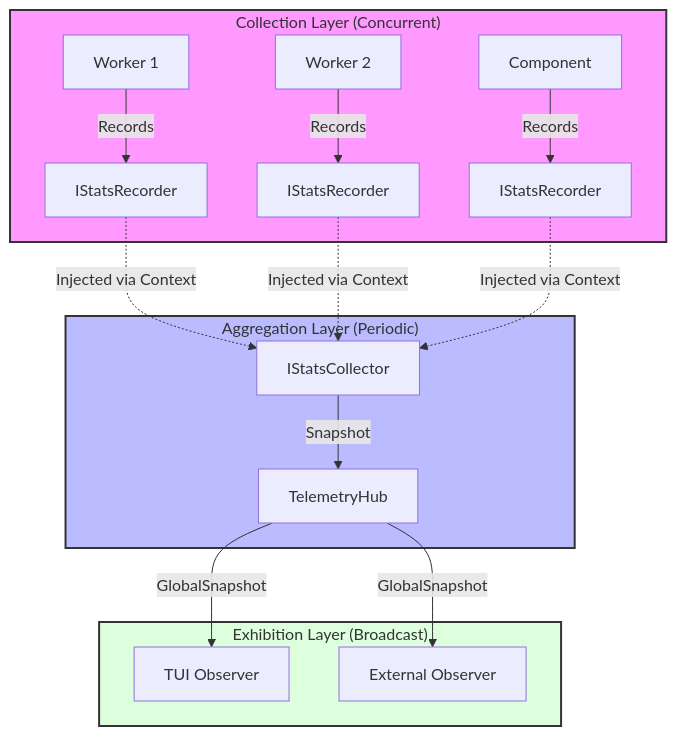
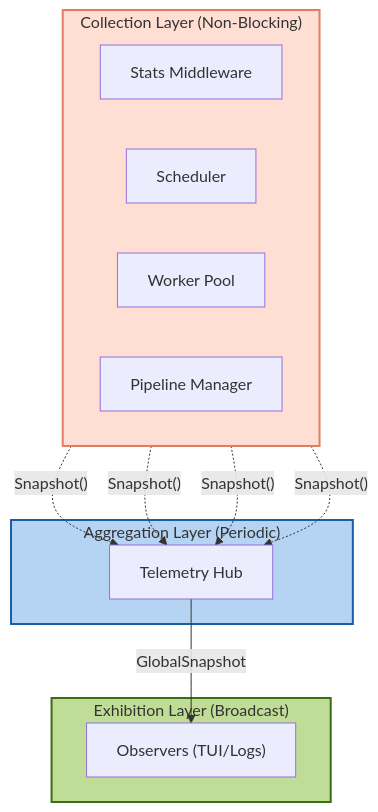
One commit to tech-engine/goscrapy changed the first of 2 diagrams in docs/telemetry_diagram.md. Above: the diagram before and after it, drawn with Mermaid. The commit also changed other lines of this file and 1 other file, not shown here.

Commit message:
chore: update additional docs

````diff
--- a/docs/telemetry_diagram.md
+++ b/docs/telemetry_diagram.md
@@ -7,25 +7,32 @@
 ```mermaid
 flowchart TD
     %% Collection Layer
-    subgraph Collection["Collection Layer (Concurrent)"]
-        W1[Worker 1] -->|Records| R1[IStatsRecorder]
-        W2[Worker 2] -->|Records| R2[IStatsRecorder]
-        W3[Component] -->|Records| R3[IStatsRecorder]
+    subgraph Collection ["Collection Layer (Non-Blocking)"]
+        direction LR
+        SM["Stats Middleware"]
+        SCH["Scheduler"]
+        WP["Worker Pool"]
+        PM["Pipeline Manager"]
     end
 
     %% Aggregation Layer
-    subgraph Aggregation["Aggregation Layer (Periodic)"]
-        R1 & R2 & R3 -.->|Injected via Context| Collector[IStatsCollector]
-        Collector -->|Snapshot| Hub[TelemetryHub]
+    subgraph Aggregation ["Aggregation Layer (Periodic)"]
+        Hub["Telemetry Hub"]
     end
 
     %% Exhibition Layer
-    subgraph Exhibition["Exhibition Layer (Broadcast)"]
-        Hub -->|GlobalSnapshot| Obs1[TUI Observer]
-        Hub -->|GlobalSnapshot| Obs2[External Observer]
+    subgraph Exhibition ["Exhibition Layer (Broadcast)"]
+        Obs["Observers (TUI/Logs)"]
     end
 
-    style Collection fill:#f9f,stroke:#333,stroke-width:2px
-    style Aggregation fill:#bbf,stroke:#333,stroke-width:2px
-    style Exhibition fill:#dfd,stroke:#333,stroke-width:2px
+    %% Connections
+    SM -.->|"Snapshot()"| Hub
+    SCH -.->|"Snapshot()"| Hub
+    WP -.->|"Snapshot()"| Hub
+    PM -.->|"Snapshot()"| Hub
+    Hub -->|"GlobalSnapshot"| Obs
+
+    style Collection fill:#FFDFD3,stroke:#E27D60,stroke-width:2px
+    style Aggregation fill:#B5D4F4,stroke:#185FA5,stroke-width:2px
+    style Exhibition fill:#C0DD97,stroke:#3B6D11,stroke-width:2px
 ```
````
